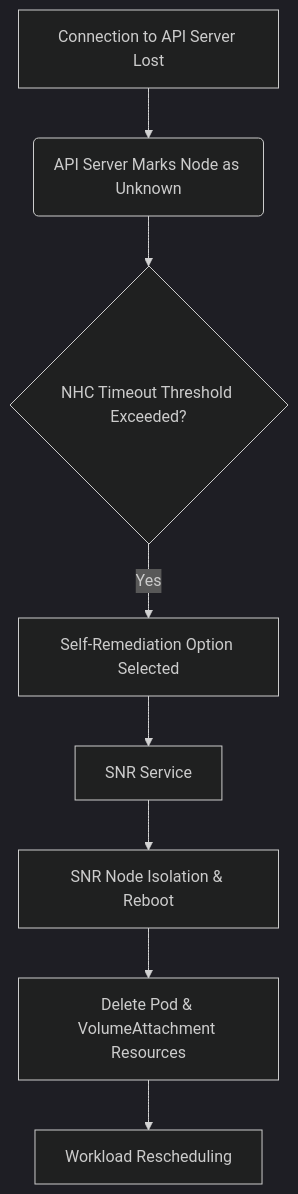
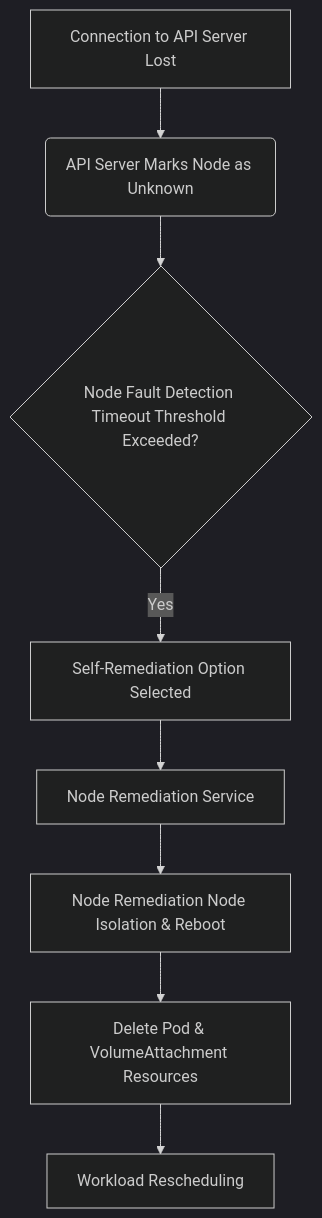
Before and after one commit to alauda/acp-docs: the diagram in docs/en/virtualization/virtualization/virtual_machine/how_to/vm_availability.mdx, drawn with Mermaid (dark theme). The commit also changed other lines of this file and 3 other files, not shown here.

Commit message:
docs(ACP-56665,ACP-56668): rename NodeHealthCheck/SelfNodeRemediation to Node Fault Detection/Node Remediation (#1223)

````diff
--- a/docs/en/virtualization/virtualization/virtual_machine/how_to/vm_availability.mdx
+++ b/docs/en/virtualization/virtualization/virtual_machine/how_to/vm_availability.mdx
@@ -51,10 +51,10 @@
 ```mermaid
 graph TB
 A[Connection to API Server Lost] --> B(API Server Marks Node as Unknown)
-B --> C{NHC Timeout Threshold Exceeded?}
+B --> C{Node Fault Detection Timeout Threshold Exceeded?}
 C -->|Yes| D[Self-Remediation Option Selected]
-D --> E[SNR Service]
-E --> F[SNR Node Isolation & Reboot]
+D --> E[Node Remediation Service]
+E --> F[Node Remediation Node Isolation & Reboot]
 F --> G[Delete Pod & VolumeAttachment Resources]
 G --> H[Workload Rescheduling]
 ```
````
